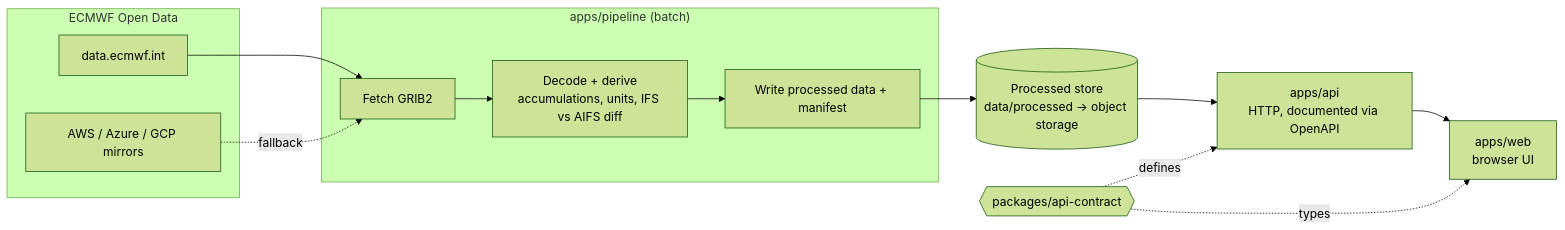
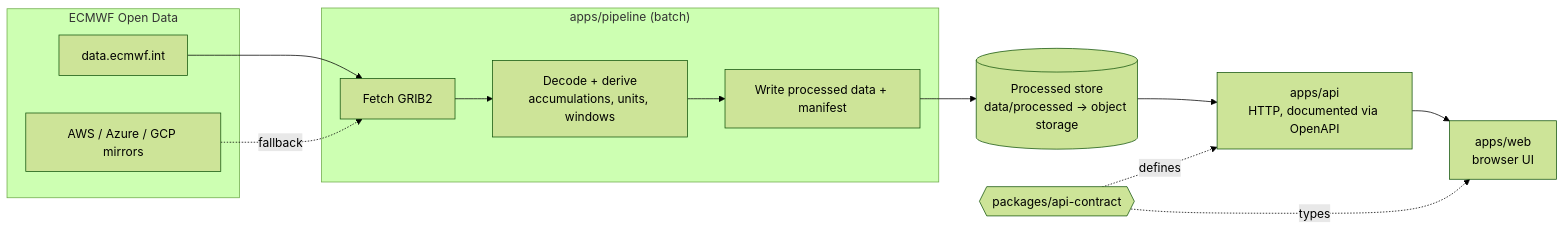
One commit to timepasser00/precipitation-forecast changed the diagram in docs/architecture.md. Above: the diagram before and after it, drawn with Mermaid (forest theme). The commit also changed other lines of this file and 10 other files, not shown here.

````diff
--- a/docs/architecture.md
+++ b/docs/architecture.md
@@ -3,22 +3,22 @@
 ```mermaid
 flowchart LR
   subgraph ECMWF["ECMWF Open Data"]
     P[data.ecmwf.int]
     M[AWS / Azure / GCP mirrors]
   end
   subgraph PIPE["apps/pipeline (batch)"]
-    F[Fetch GRIB2] --> D[Decode + derive<br/>accumulations, units, IFS vs AIFS diff] --> W[Write processed data + manifest]
+    F[Fetch GRIB2] --> D[Decode + derive<br/>accumulations, units, windows] --> W[Write processed data + manifest]
   end
   S[(Processed store<br/>data/processed -> object storage)]
   API["apps/api<br/>HTTP, documented via OpenAPI"]
   WEB["apps/web<br/>browser UI"]
   CON{{packages/api-contract}}
 
   P --> F
   M -.fallback.-> F
   W --> S
   S --> API
   API --> WEB
   CON -.defines.-> API
   CON -.types.-> WEB
 ```
````
